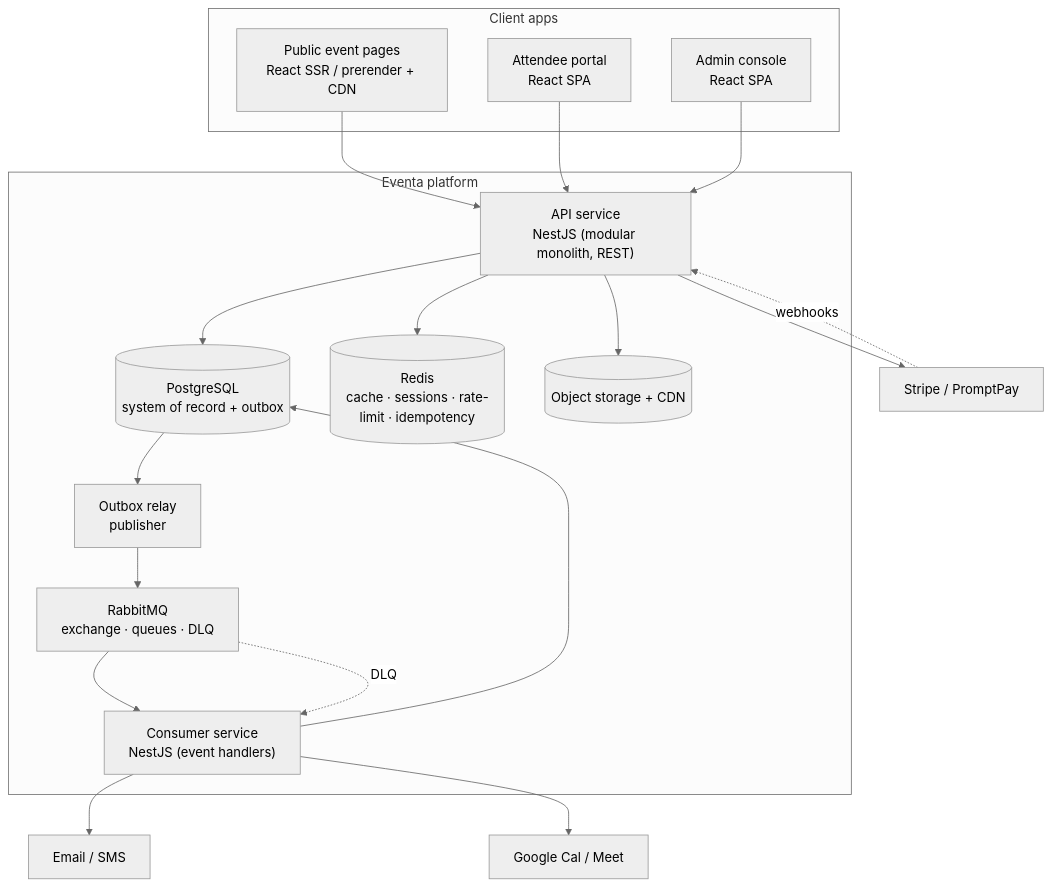
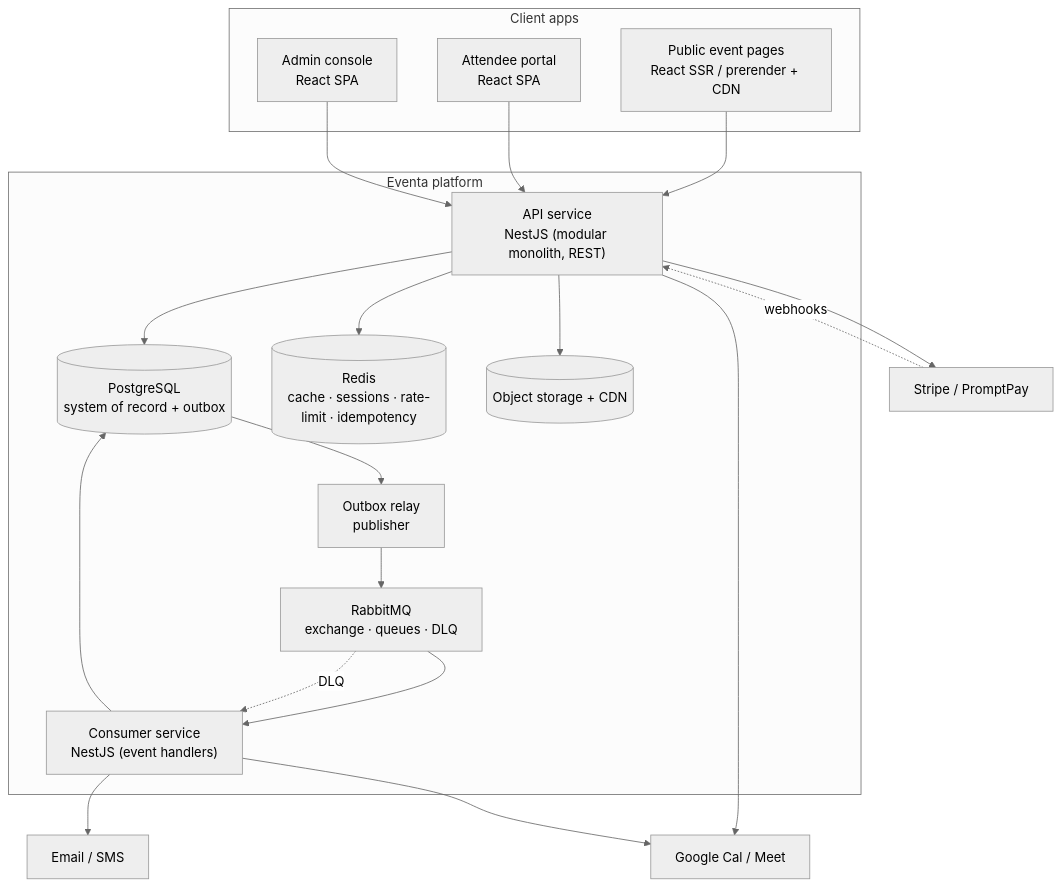
The second of 5 diagrams in 04-architecture/software-architecture.md (kaungkhantdev/eventa-docs), drawn with Mermaid (neutral theme) before and after one commit. The commit also changed other lines of this file and 3 other files, not shown here.

````diff
--- a/04-architecture/software-architecture.md
+++ b/04-architecture/software-architecture.md
@@ -99,36 +99,37 @@
 ```mermaid
 flowchart TB
     subgraph clients["Client apps"]
         landing["Public event pages<br/>React SSR / prerender + CDN"]
         portal["Attendee portal<br/>React SPA"]
         admin["Admin console<br/>React SPA"]
     end
     subgraph platform["Eventa platform"]
         api["API service<br/>NestJS (modular monolith, REST)"]
         relay["Outbox relay<br/>publisher"]
         mq["RabbitMQ<br/>exchange · queues · DLQ"]
         consumer["Consumer service<br/>NestJS (event handlers)"]
         db[("PostgreSQL<br/>system of record + outbox")]
         redis[("Redis<br/>cache · sessions · rate-limit · idempotency")]
         obj[("Object storage + CDN")]
     end
     ext_pay["Stripe / PromptPay"]
     ext_comms["Email / SMS"]
     ext_google["Google Cal / Meet"]
 
     landing --> api
     portal --> api
     admin --> api
     api --> db
     api --> redis
     api --> obj
     api --> ext_pay
     ext_pay -. webhooks .-> api
+    api --> ext_google
     db --> relay
     relay --> mq
     mq --> consumer
     mq -. DLQ .-> consumer
     consumer --> db
     consumer --> ext_comms
     consumer --> ext_google
 ```
````
